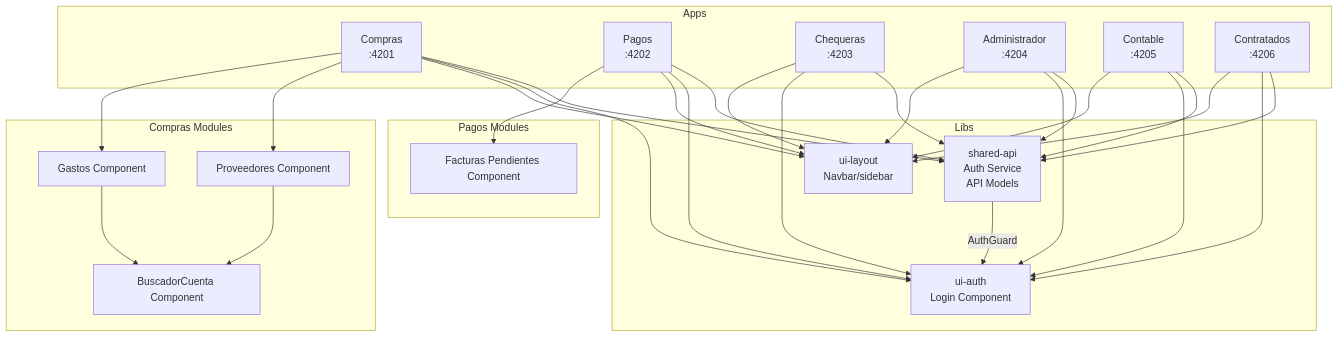
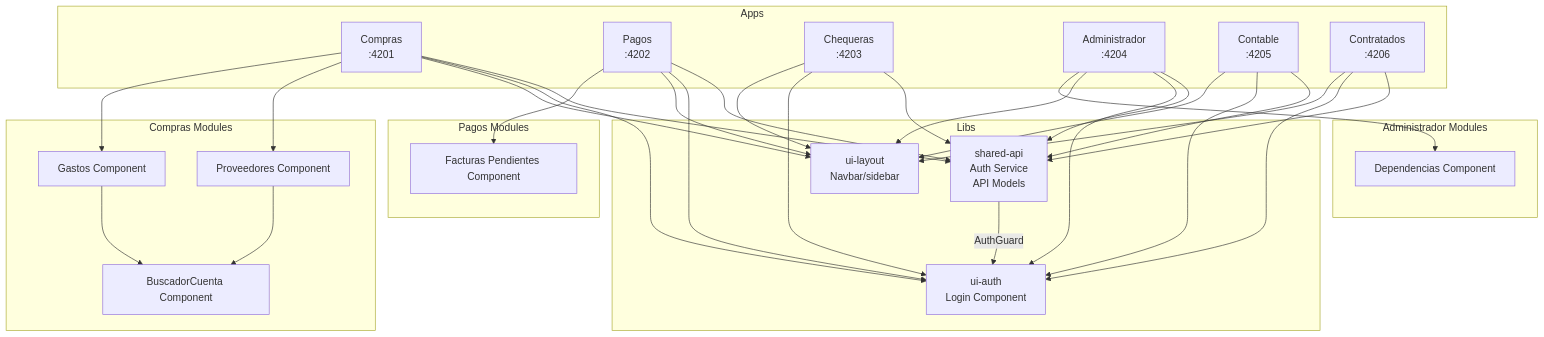
Before and after one commit to UM-services/UM.tesoreria.frontend-client: the diagram in README.md, drawn with Mermaid. The commit also changed other lines of this file and 9 other files, not shown here.

First line of the commit message:
feat(administrador): add Dependencias module

````diff
--- a/README.md
+++ b/README.md
@@ -62,58 +62,63 @@
 ```mermaid
 graph TB
     subgraph Apps
         C[Compras<br/>:4201]
         P[Pagos<br/>:4202]
         Q[Chequeras<br/>:4203]
         A[Administrador<br/>:4204]
         CT[Contable<br/>:4205]
         CR[Contratados<br/>:4206]
     end
 
     subgraph "Compras Modules"
         PROV[Proveedores Component]
         GAST[Gastos Component]
         BUSC[BuscadorCuenta Component]
     end
 
     subgraph "Pagos Modules"
         FP[Facturas Pendientes Component]
+    end
+
+    subgraph "Administrador Modules"
+        DEP[Dependencias Component]
     end
 
     subgraph Libs
         API[shared-api<br/>Auth Service<br/>API Models]
         AUTH[ui-auth<br/>Login Component]
         LAYOUT[ui-layout<br/>Navbar/sidebar]
     end
 
     C --> API
     C --> AUTH
     C --> LAYOUT
     C --> PROV
     C --> GAST
     PROV --> BUSC
     GAST --> BUSC
 
     P --> API
     P --> AUTH
     P --> LAYOUT
     P --> FP
 
     Q --> API
     Q --> AUTH
     Q --> LAYOUT
 
     A --> API
     A --> AUTH
     A --> LAYOUT
+    A --> DEP
 
     CT --> API
     CT --> AUTH
     CT --> LAYOUT
 
     CR --> API
     CR --> AUTH
     CR --> LAYOUT
 
     API --> |AuthGuard| AUTH
 ```
````
